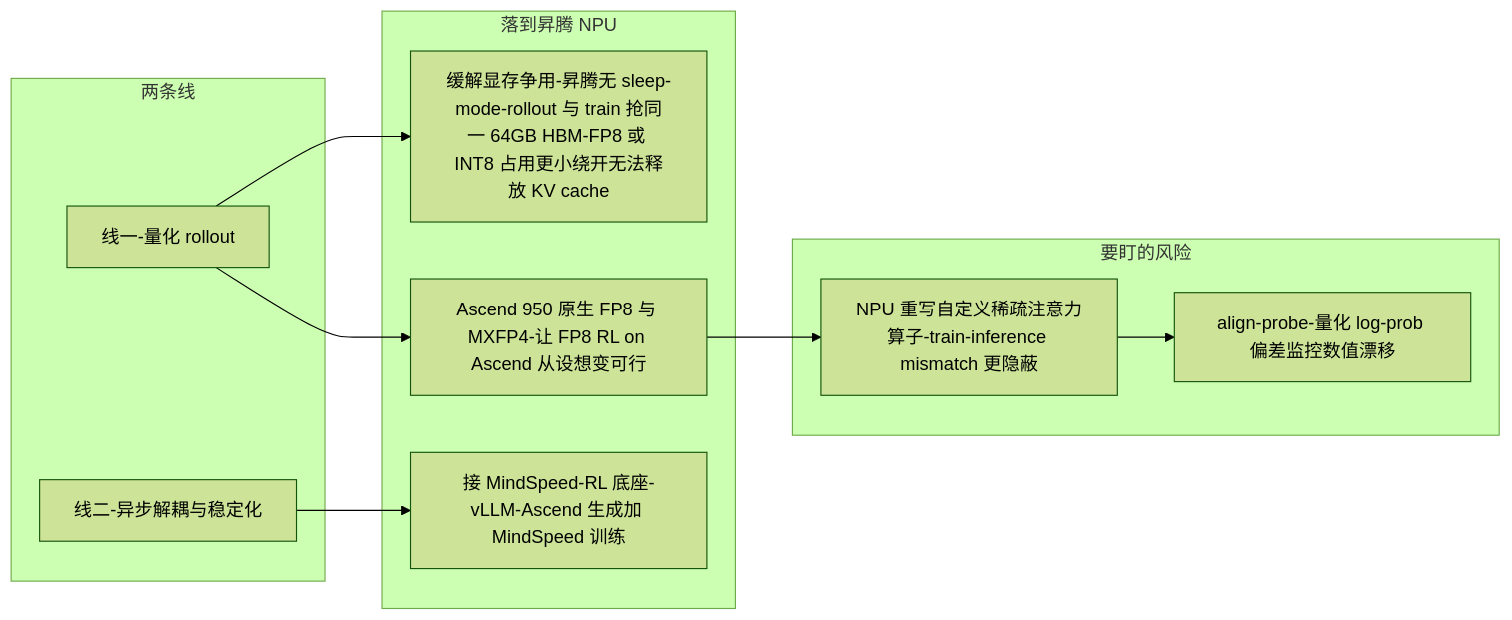
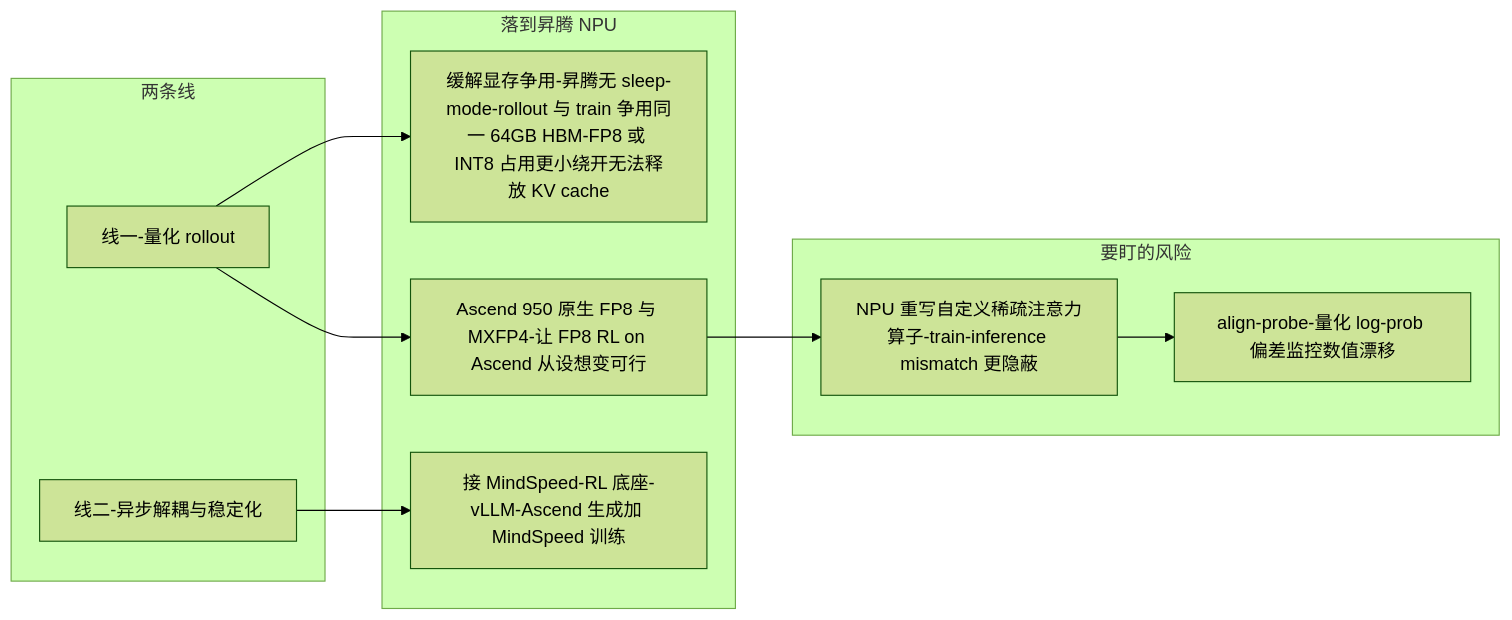
Before and after one commit to lloo099/mission44: the fourth of 4 diagrams in docs/blog/dispatch-02-rollout-bottleneck.md, drawn with Mermaid (forest theme). The commit also changed other lines of this file and 22 other files, not shown here.

````diff
--- a/docs/blog/dispatch-02-rollout-bottleneck.md
+++ b/docs/blog/dispatch-02-rollout-bottleneck.md
@@ -146,21 +146,21 @@
 ```mermaid
 flowchart LR
     subgraph LINES ["两条线"]
         L1["线一-量化 rollout"]
         L2["线二-异步解耦与稳定化"]
     end
     subgraph ASCEND ["落到昇腾 NPU"]
-        N1["缓解显存争用-昇腾无 sleep-mode-rollout 与 train 抢同一 64GB HBM-FP8 或 INT8 占用更小绕开无法释放 KV cache"]
+        N1["缓解显存争用-昇腾无 sleep-mode-rollout 与 train 争用同一 64GB HBM-FP8 或 INT8 占用更小绕开无法释放 KV cache"]
         N2["Ascend 950 原生 FP8 与 MXFP4-让 FP8 RL on Ascend 从设想变可行"]
         N3["接 MindSpeed-RL 底座-vLLM-Ascend 生成加 MindSpeed 训练"]
     end
     subgraph RISK ["要盯的风险"]
         R1["NPU 重写自定义稀疏注意力算子-train-inference mismatch 更隐蔽"]
         R2["align-probe-量化 log-prob 偏差监控数值漂移"]
     end
     L1 --> N1
     L1 --> N2
     L2 --> N3
     N2 --> R1
     R1 --> R2
 ```
````
